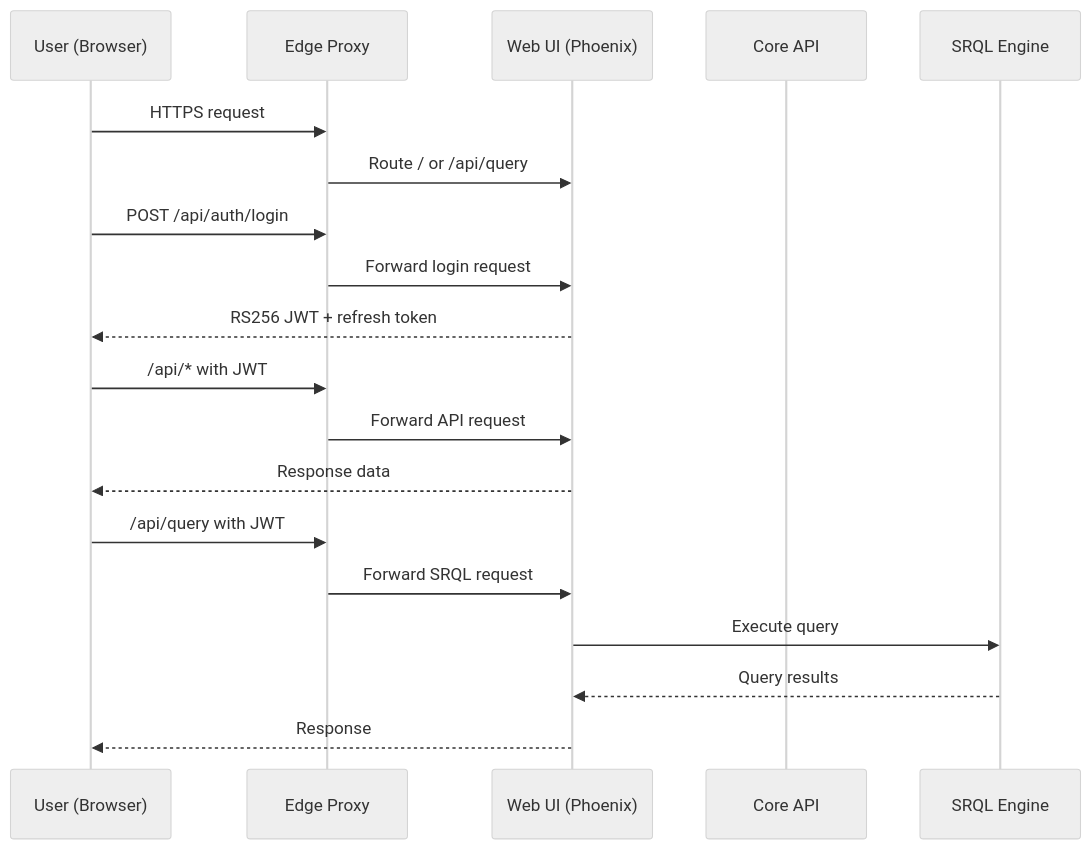
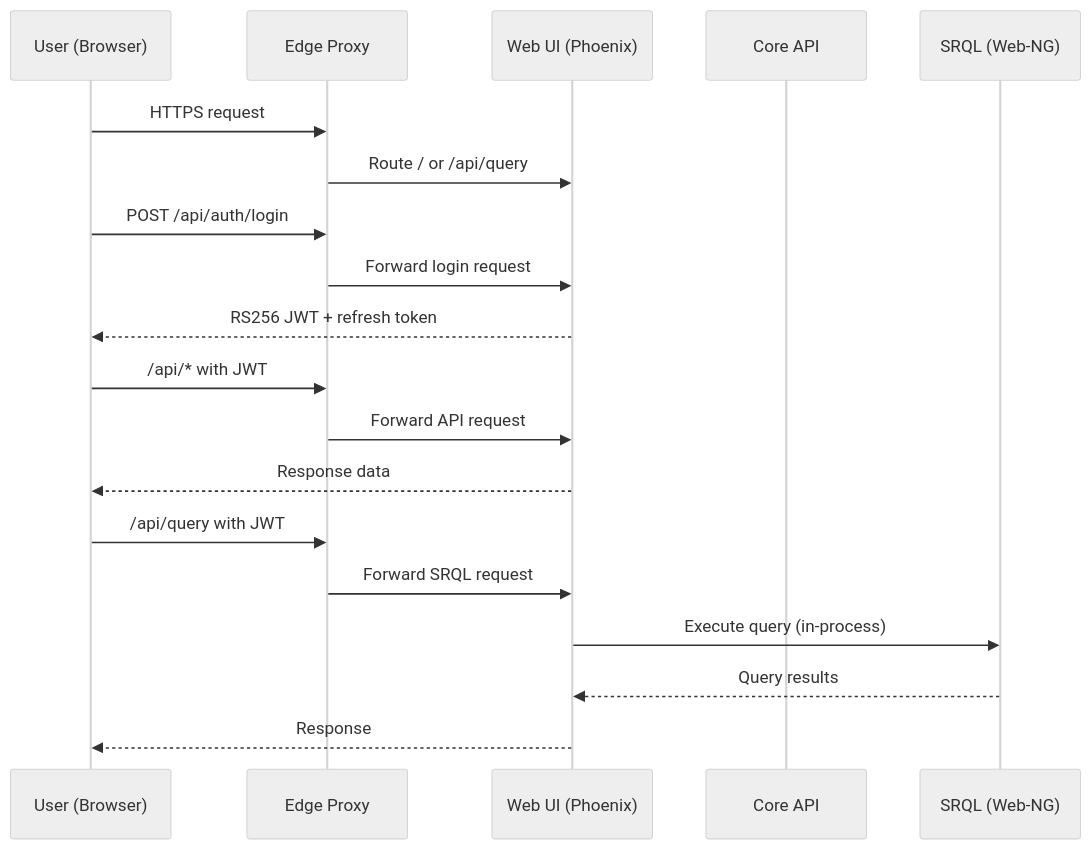
The third of 7 diagrams in docs/docs/architecture.md (carverauto/serviceradar), drawn with Mermaid (neutral theme) before and after one commit. The commit also changed other lines of this file, not shown here.

Commit message:
mermaid fixes

````diff
--- a/docs/docs/architecture.md
+++ b/docs/docs/architecture.md
@@ -220,22 +257,22 @@
 ```mermaid
 sequenceDiagram
     participant User as User (Browser)
     participant Edge as Edge Proxy
     participant WebUI as Web UI (Phoenix)
     participant Core as Core API
-    participant SRQL as SRQL Engine
+    participant SRQL as SRQL (Web-NG)
 
     User->>Edge: HTTPS request
     Edge->>WebUI: Route / or /api/query
     User->>Edge: POST /api/auth/login
     Edge->>WebUI: Forward login request
     WebUI-->>User: RS256 JWT + refresh token
     User->>Edge: /api/* with JWT
     Edge->>WebUI: Forward API request
     WebUI-->>User: Response data
     User->>Edge: /api/query with JWT
     Edge->>WebUI: Forward SRQL request
-    WebUI->>SRQL: Execute query
+    WebUI->>SRQL: Execute query (in-process)
     SRQL-->>WebUI: Query results
     WebUI-->>User: Response
 ```
````
